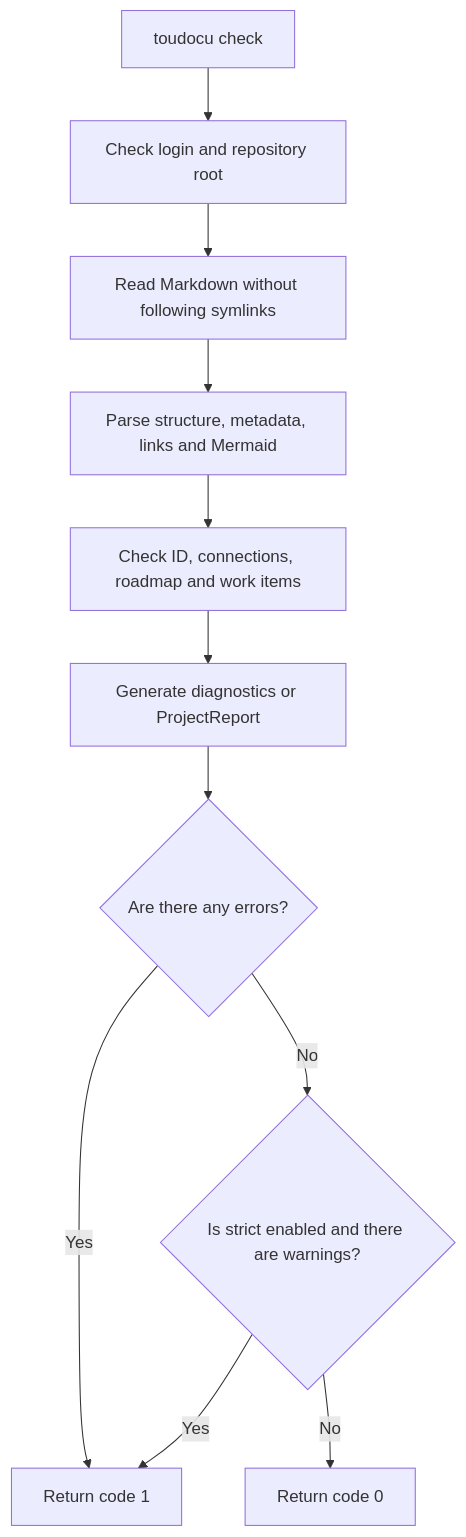
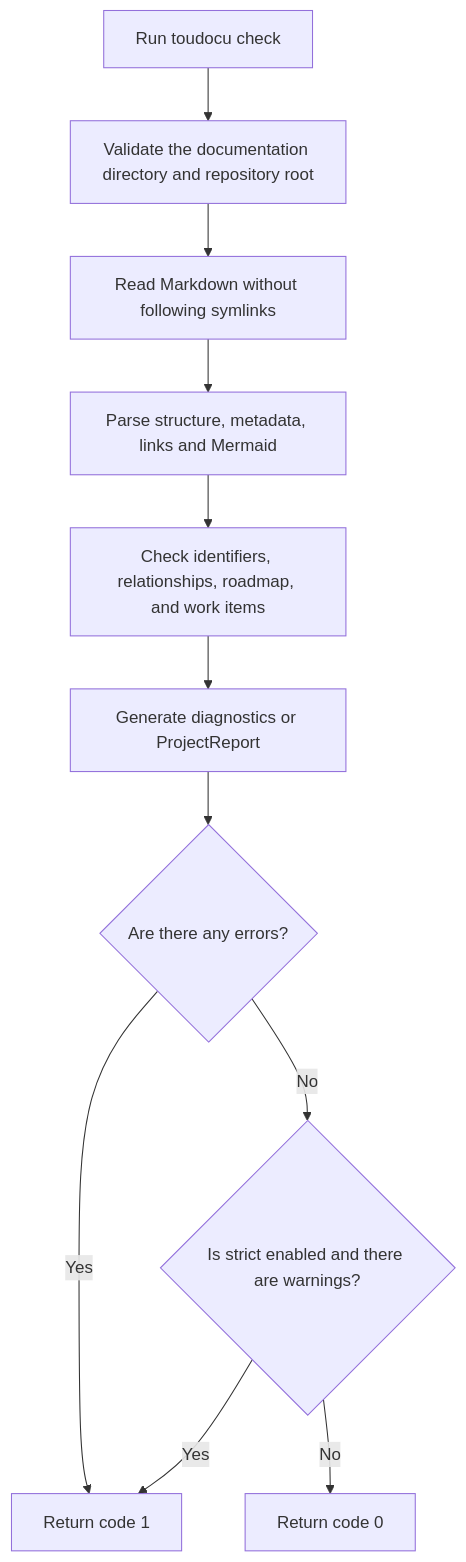
One commit to lumenikoly/toudocu changed the diagram in docs-en/flows/FLOW-DOCS-CHECK.md. Above: the diagram before and after it, drawn with Mermaid. The commit also changed other lines of this file and 418 other files, not shown here.

````diff
--- a/docs-en/flows/FLOW-DOCS-CHECK.md
+++ b/docs-en/flows/FLOW-DOCS-CHECK.md
@@ -14,13 +13,13 @@
 ```mermaid
 flowchart TD
-    Start["toudocu check"] --> Resolve["Check login and repository root"]
+    Start["Run toudocu check"] --> Resolve["Validate the documentation directory and repository root"]
     Resolve --> Read["Read Markdown without following symlinks"]
     Read --> Parse["Parse structure, metadata, links and Mermaid"]
-    Parse --> Validate["Check ID, connections, roadmap and work items"]
+    Parse --> Validate["Check identifiers, relationships, roadmap, and work items"]
     Validate --> Report["Generate diagnostics or ProjectReport"]
     Report --> Errors{"Are there any errors?"}
     Errors -->|Yes| Failed["Return code 1"]
     Errors -->|No| Strict{"Is strict enabled and there are warnings?"}
     Strict -->|Yes| Failed
     Strict -->|No| Passed["Return code 0"]
 ```
````
